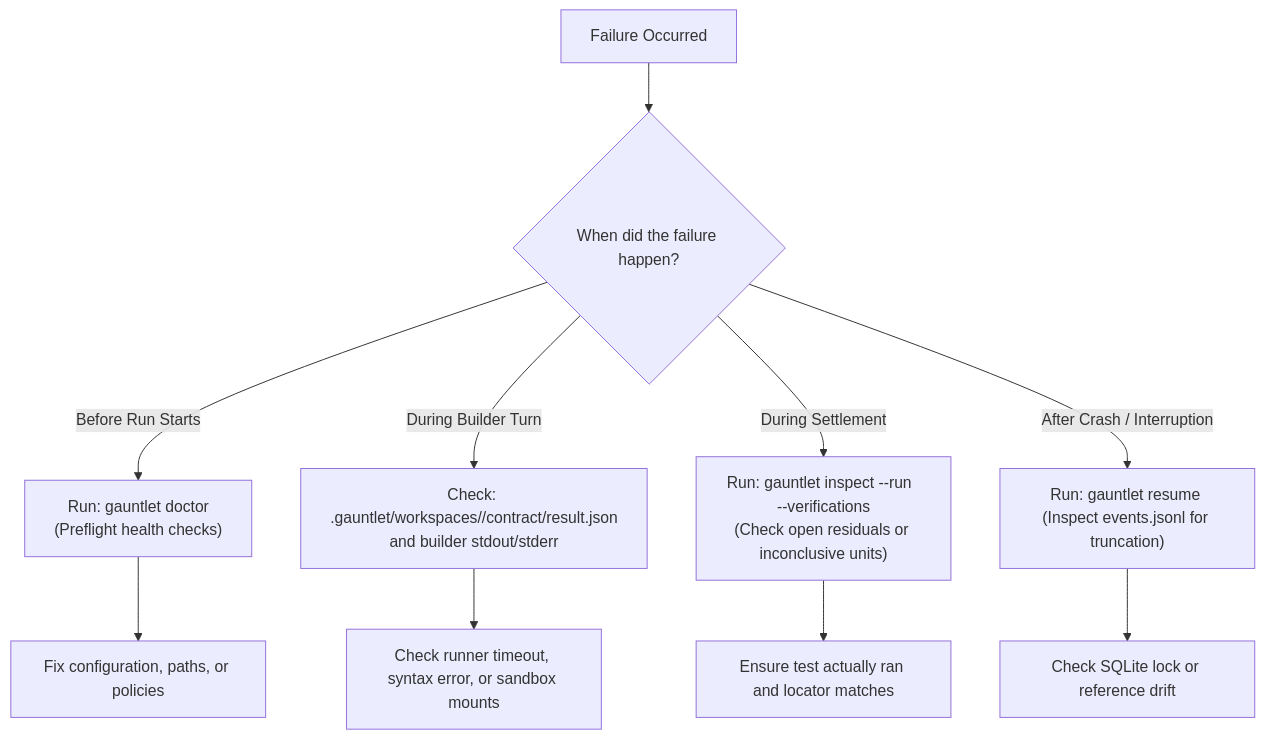
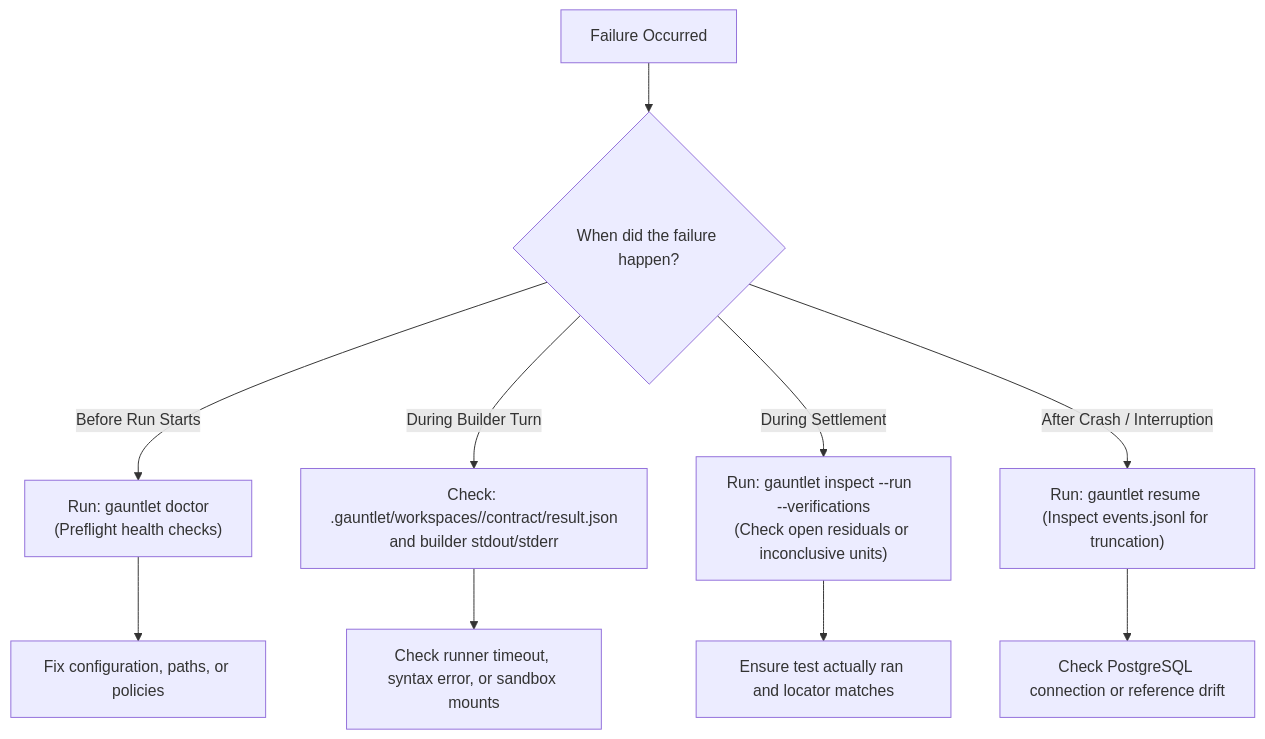
The diagram in docs/troubleshooting.md (GodSpeedAI/Gauntlet), drawn with Mermaid before and after one commit. The commit also changed other lines of this file and 53 other files, not shown here.

First line of the commit message:
docs/spec: PostgreSQL as the default durable store; GAUNTLET_DATABASE_URL hook

````diff
--- a/docs/troubleshooting.md
+++ b/docs/troubleshooting.md
@@ -9,14 +9,14 @@
 ```mermaid
 flowchart TD
     FAIL["Failure Occurred"] --> TYPE{"When did the failure happen?"}
     
     TYPE -->|Before Run Starts| DOCTOR["Run: gauntlet doctor\n(Preflight health checks)"]
     TYPE -->|During Builder Turn| AGENT["Check: .gauntlet/workspaces/<run>/contract/result.json\nand builder stdout/stderr"]
     TYPE -->|During Settlement| SETTLE["Run: gauntlet inspect --run <id> --verifications\n(Check open residuals or inconclusive units)"]
     TYPE -->|After Crash / Interruption| RESUME["Run: gauntlet resume <id>\n(Inspect events.jsonl for truncation)"]
     
     DOCTOR --> FIX_DOC["Fix configuration, paths, or policies"]
     AGENT --> FIX_AGENT["Check runner timeout, syntax error, or sandbox mounts"]
     SETTLE --> FIX_SETTLE["Ensure test actually ran and locator matches"]
-    RESUME --> FIX_RESUME["Check SQLite lock or reference drift"]
+    RESUME --> FIX_RESUME["Check PostgreSQL connection or reference drift"]
 ```
````
